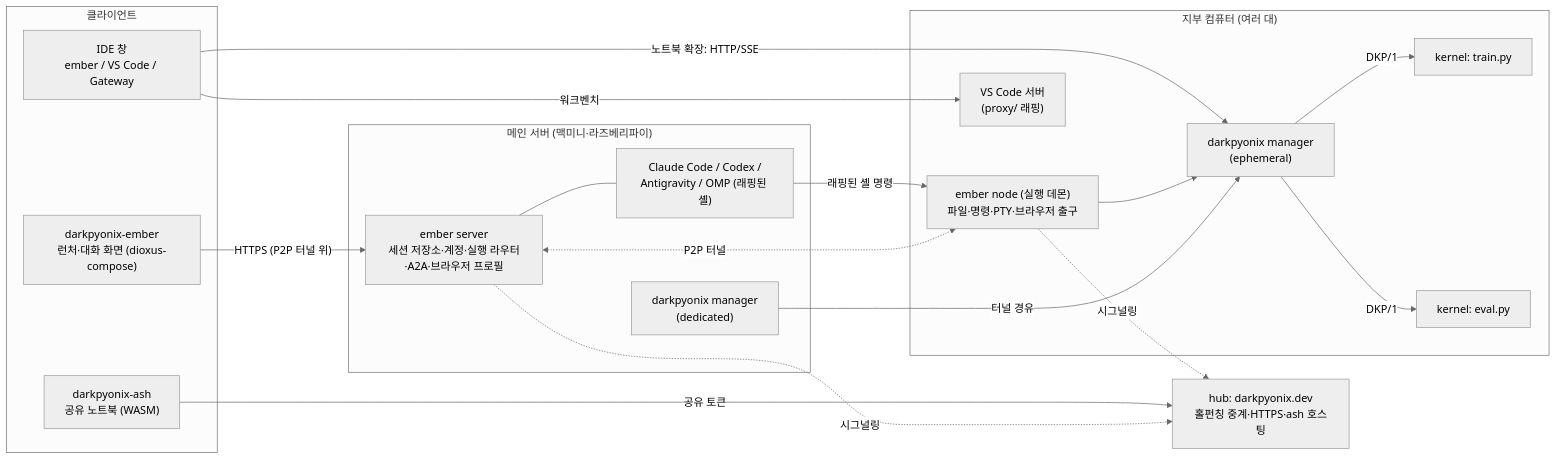
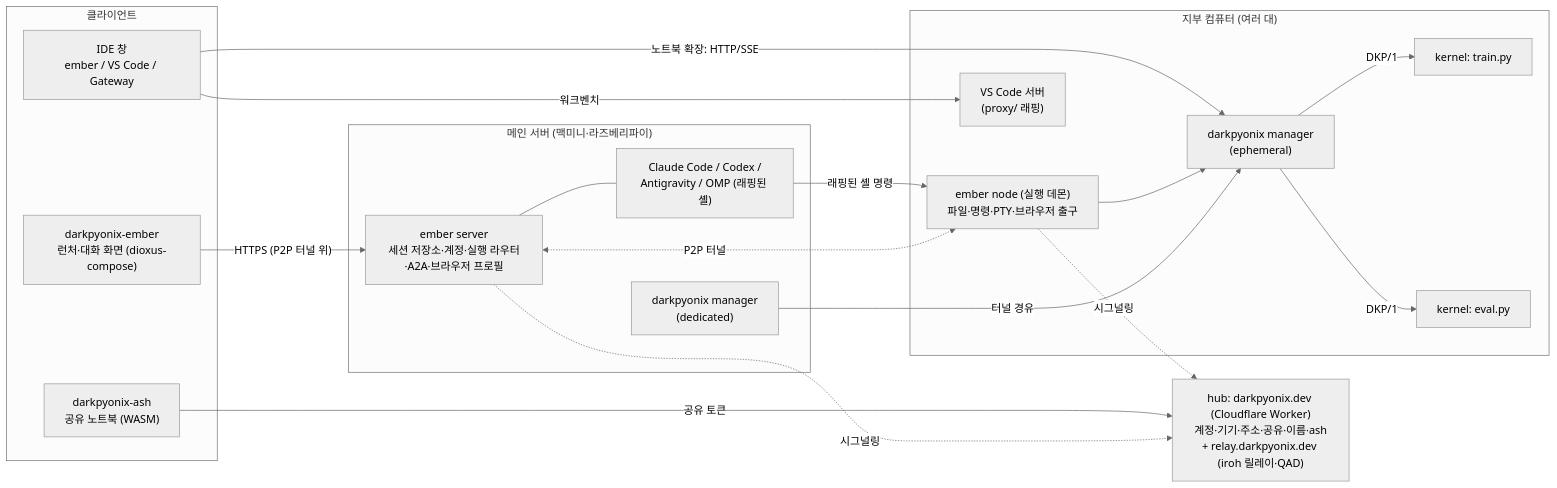
Before and after one commit to DarkPyonix/darkpyonix: the first of 5 diagrams in docs/ARCHITECTURE.md, drawn with Mermaid (neutral theme). The commit also changed other lines of this file and 7 other files, not shown here.

First line of the commit message:
Docs: Move the hub API to Cloudflare Workers with GitHub accounts (INTENT D14)

````diff
--- a/docs/ARCHITECTURE.md
+++ b/docs/ARCHITECTURE.md
@@ -9,38 +9,38 @@
 ```mermaid
 flowchart LR
   subgraph Clients["클라이언트"]
     EMBER["darkpyonix-ember<br/>런처·대화 화면 (dioxus-compose)"]
     IDE["IDE 창<br/>ember / VS Code / Gateway"]
     ASH["darkpyonix-ash<br/>공유 노트북 (WASM)"]
   end
 
   subgraph Main["메인 서버 (맥미니·라즈베리파이)"]
     ES["ember server<br/>세션 저장소·계정·실행 라우터·A2A·브라우저 프로필"]
     CLIS["Claude Code / Codex /<br/>Antigravity / OMP (래핑된 셸)"]
     DM["darkpyonix manager<br/>(dedicated)"]
   end
 
   subgraph Branch["지부 컴퓨터 (여러 대)"]
     NODE["ember node (실행 데몬)<br/>파일·명령·PTY·브라우저 출구"]
     VSC["VS Code 서버<br/>(proxy/ 래핑)"]
     EM["darkpyonix manager<br/>(ephemeral)"]
     K1["kernel: train.py"]
     K2["kernel: eval.py"]
   end
 
-  HUB["hub: darkpyonix.dev<br/>홀펀칭 중계·HTTPS·ash 호스팅"]
+  HUB["hub: darkpyonix.dev (Cloudflare Worker)<br/>계정·기기·주소·공유·이름·ash<br/>+ relay.darkpyonix.dev (iroh 릴레이·QAD)"]
 
   EMBER -- "HTTPS (P2P 터널 위)" --> ES
   IDE -- "워크벤치" --> VSC
   IDE -- "노트북 확장: HTTP/SSE" --> EM
   ASH -- 공유 토큰 --> HUB
   ES --- CLIS
   CLIS -- 래핑된 셸 명령 --> NODE
   ES <-. P2P 터널 .-> NODE
   ES -. 시그널링 .-> HUB
   NODE -. 시그널링 .-> HUB
   NODE --> EM
   EM -- DKP/1 --> K1
   EM -- DKP/1 --> K2
   DM -- 터널 경유 --> EM
 ```
````
